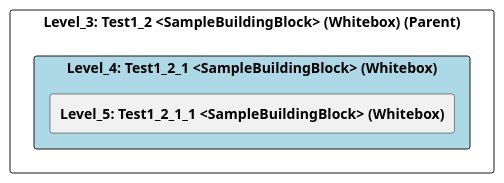
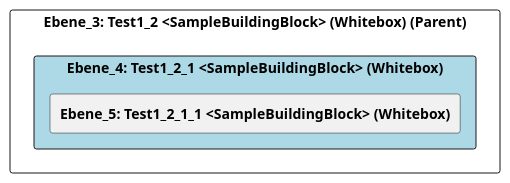
Before and after one commit to marcozwyssig/cleon: the diagram in src/cleon.architecturemethods.arc42.sample/doc/cleon_architecturemethods_arc42_sample_arc42/adoc/de/05_bausteinsicht/chess/test1/test1_2/test1_2_1/ebene_4_test1_2_1.adoc, drawn with PlantUML. The commit also changed other lines of this file and 148 other files, not shown here.

```diff
--- a/src/cleon.architecturemethods.arc42.sample/doc/cleon_architecturemethods_arc42_sample_arc42/adoc/de/05_bausteinsicht/chess/test1/test1_2/test1_2_1/ebene_4_test1_2_1.adoc
+++ b/src/cleon.architecturemethods.arc42.sample/doc/cleon_architecturemethods_arc42_sample_arc42/adoc/de/05_bausteinsicht/chess/test1/test1_2/test1_2_1/ebene_4_test1_2_1.adoc
@@ -20,24 +20,24 @@
-[plantuml, Level_4: Test1_2_1 <SampleBuildingBlock> (Whitebox)BlockOverview, format="svg"]
+[plantuml, Ebene_4: Test1_2_1 <SampleBuildingBlock> (Whitebox)BlockOverview, format="svg"]
 ----
-@startuml Level_4: Test1_2_1 <SampleBuildingBlock> (Whitebox)BuildingBlockOverview
+@startuml Ebene_4: Test1_2_1 <SampleBuildingBlock> (Whitebox)BuildingBlockOverview
 
 skinparam ranksep 10
 skinparam componentStyle rectangle
 skinparam shadowing false
 skinparam arrowColor lightblue
 skinparam arrowThickness 1.2
 skinparam rectangle {
   BackgroundColor White
   BorderColor #333
   RoundCorner 10
 }
 top to bottom direction
 
-component "Level_3: Test1_2 <SampleBuildingBlock> (Whitebox) (Parent)" {
-    component "Level_4: Test1_2_1 <SampleBuildingBlock> (Whitebox)" #lightblue {
-        [**Level_5: Test1_2_1_1 <SampleBuildingBlock> (Whitebox)**] as 7F52B647_D579_11EE_903E_9F564E4DE07E
+component "Ebene_3: Test1_2 <SampleBuildingBlock> (Whitebox) (Parent)" {
+    component "Ebene_4: Test1_2_1 <SampleBuildingBlock> (Whitebox)" #lightblue {
+        [**Ebene_5: Test1_2_1_1 <SampleBuildingBlock> (Whitebox)**] as 7F52B647_D579_11EE_903E_9F564E4DE07E
     }
 }
 
 @enduml
 ----
```
